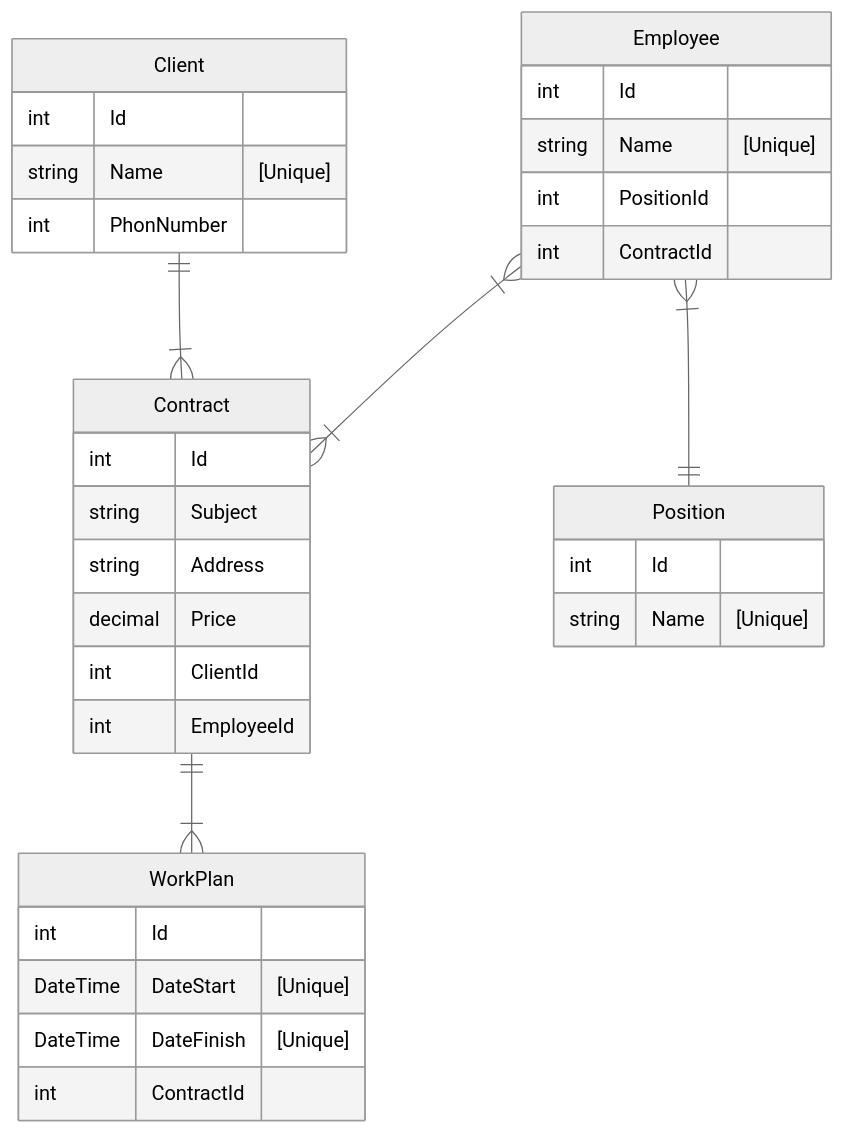
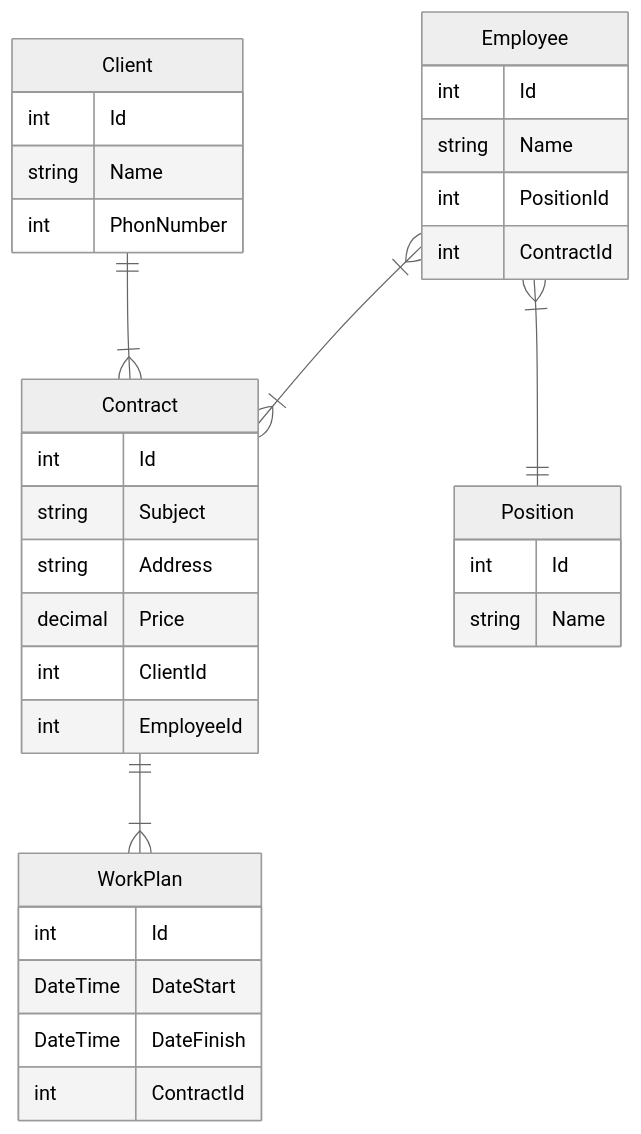
Before and after one commit to KondratenkoDV/CRM: the diagram in README.md, drawn with Mermaid (neutral theme).

````diff
--- a/README.md
+++ b/README.md
@@ -1,41 +1,41 @@
 ```mermaid
 erDiagram
   Employee }|--|{ Contract : ""
   Client ||--|{ Contract : ""
   Contract ||--|{ WorkPlan : ""
   Employee }|--|| Position : ""
   
   Employee{
       int Id
-      string Name "[Unique]"
+      string Name
       int PositionId
       int ContractId
   }
 
   Client{
       int Id
-      string Name "[Unique]"
+      string Name
       int PhonNumber
   }
 
   Contract{
       int Id
       string Subject
       string Address
       decimal Price
       int ClientId
       int EmployeeId
   }
 
   WorkPlan{
       int Id
-      DateTime DateStart "[Unique]"
-      DateTime DateFinish "[Unique]"
+      DateTime DateStart
+      DateTime DateFinish
       int ContractId
   }
   
   Position{
       int Id
-      string Name "[Unique]"
+      string Name
   }
   ```
````
